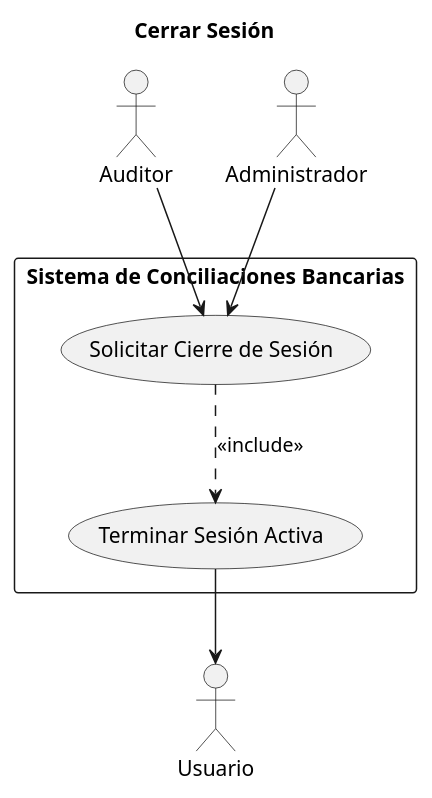
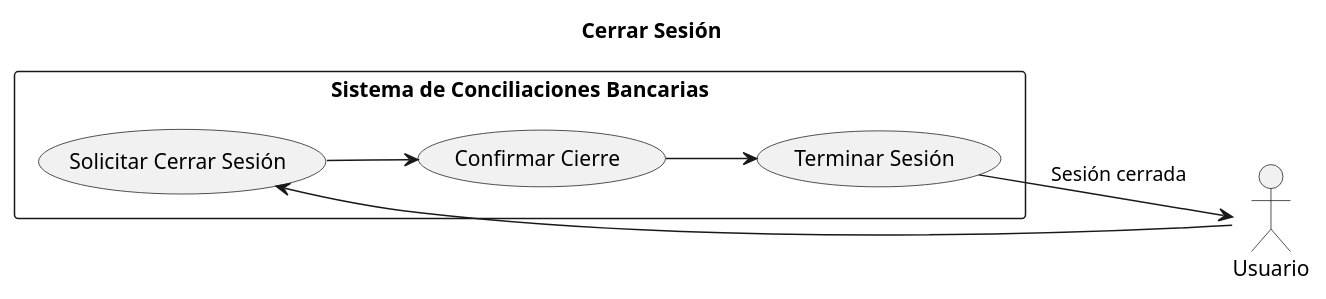
One commit to ricardouriegas/sistema-de-consilaciones-bancarias changed the diagram in CerrarSesion.puml. Above: the diagram before and after it, drawn with PlantUML. The commit also changed 15 other files, not shown here.

```diff
--- a/CerrarSesion.puml
+++ b/CerrarSesion.puml
@@ -1,20 +1,14 @@
 @startuml CerrarSesion
 title Cerrar Sesión
-' left to right direction
+left to right direction
 
-actor Auditor as auditor
-actor Administrador as admin
-actor Usuario as user
+actor Usuario
 
 rectangle "Sistema de Conciliaciones Bancarias" {
-    (Solicitar Cierre de Sesión) as solicitud
-    (Terminar Sesión Activa) as terminar
-
-    solicitud .-> terminar : <<include>>
+    Usuario -> (Solicitar Cerrar Sesión)
+    (Solicitar Cerrar Sesión) --> (Confirmar Cierre)
+    (Confirmar Cierre) --> (Terminar Sesión)
+    (Terminar Sesión) --> Usuario : Sesión cerrada
 }
 
-admin --> solicitud
-auditor --> solicitud
-terminar --> user
-
 @enduml
```
